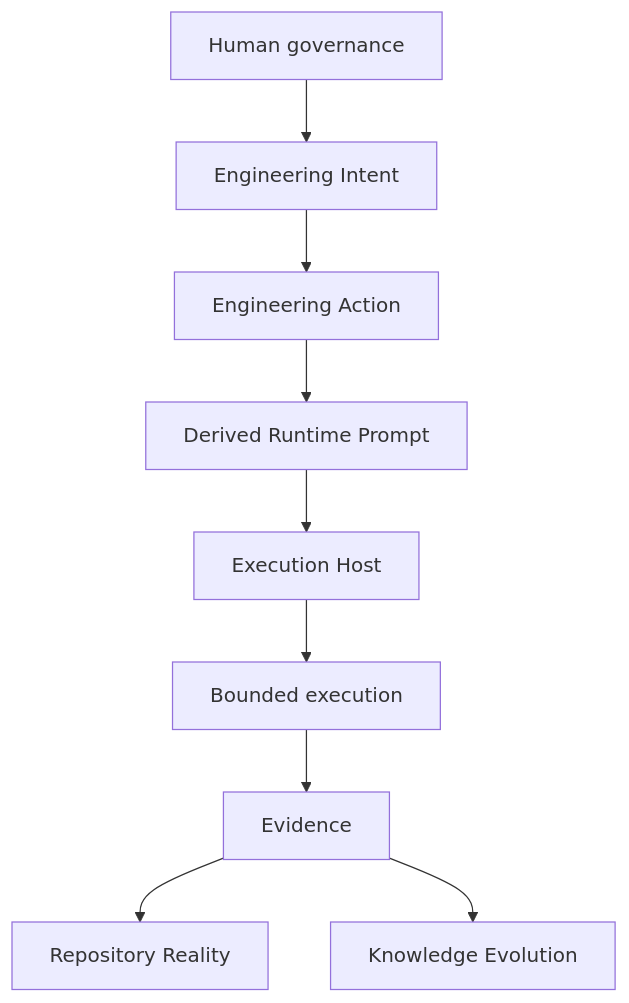
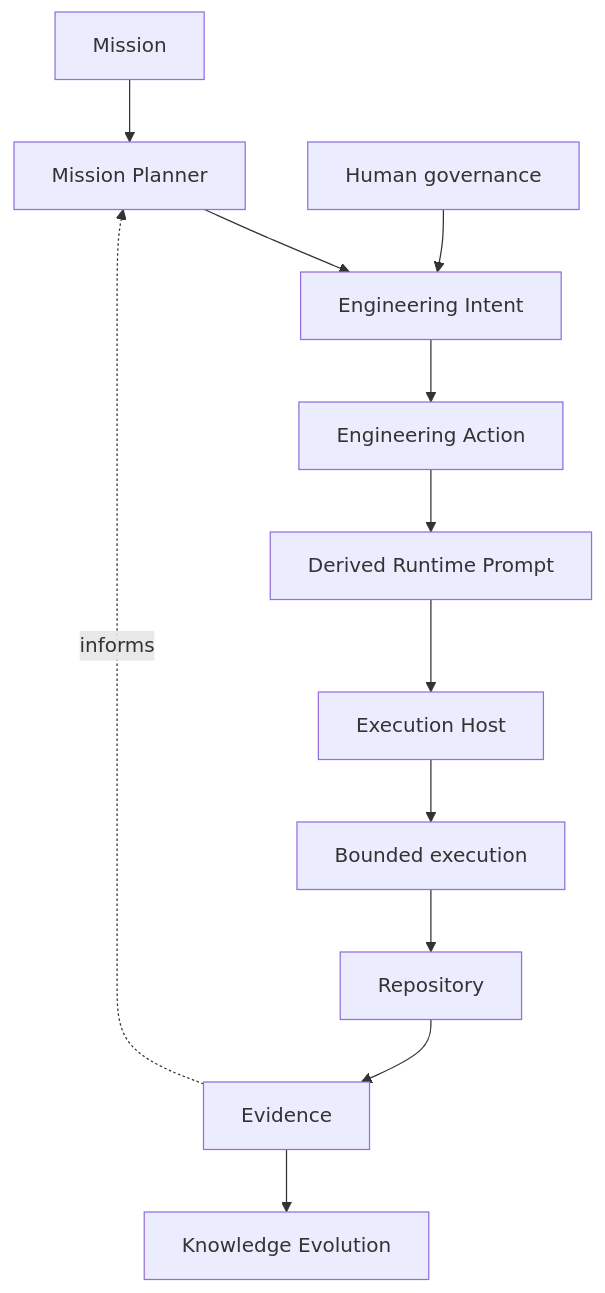
Before and after one commit to pcvantol/forge: the third of 10 diagrams in docs/architecture/FORGE_FOUNDING_ARCHITECTURE_HANDBOOK.md, drawn with Mermaid. The commit also changed other lines of this file and 15 other files, not shown here.

Commit message:
docs: reconcile mission-driven engineering architecture

````diff
--- a/docs/architecture/FORGE_FOUNDING_ARCHITECTURE_HANDBOOK.md
+++ b/docs/architecture/FORGE_FOUNDING_ARCHITECTURE_HANDBOOK.md
@@ -201,11 +205,14 @@
 ```mermaid
 flowchart TD
-    I[Engineering Intent] --> A[Engineering Action]
+    M[Mission] --> MP[Mission Planner]
+    MP --> I[Engineering Intent]
+    I --> A[Engineering Action]
     A --> RP[Derived Runtime Prompt]
     RP --> H[Execution Host]
     H --> X[Bounded execution]
-    X --> E[Evidence]
-    E --> RR[Repository Reality]
+    X --> RR[Repository]
+    RR --> E[Evidence]
+    E -. informs .-> MP
     E --> KE[Knowledge Evolution]
     G[Human governance] --> I
 ```
````
